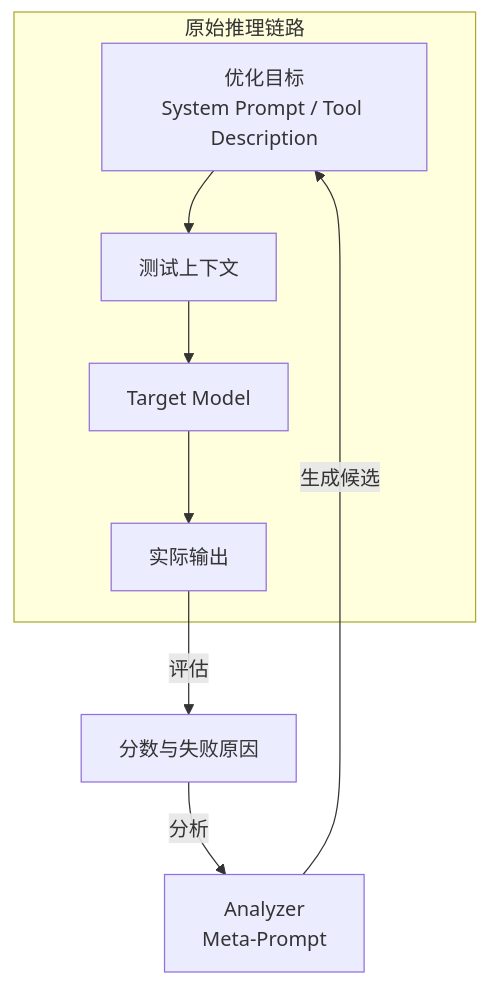
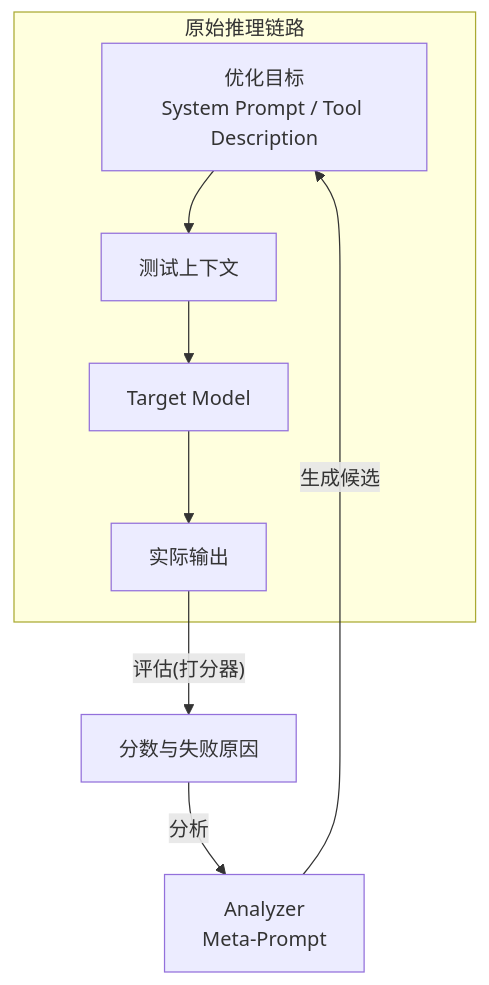
One commit to hotttao/backup changed the diagram in posts/aigc/evaluation/001_open_memory.md. Above: the diagram before and after it, drawn with Mermaid. The commit also changed 4 other files, not shown here.

````diff
--- a/posts/aigc/evaluation/001_open_memory.md
+++ b/posts/aigc/evaluation/001_open_memory.md
@@ -33,12 +33,12 @@
 ```mermaid
 flowchart TB
     subgraph 原始推理链路
         A[优化目标<br/>System Prompt / Tool Description] --> B[测试上下文]
         B --> C[Target Model]
         C --> D[实际输出]
     end
 
-    D -- 评估 --> E[分数与失败原因]
+    D -- 评估(打分器) --> E[分数与失败原因]
     E -- 分析 --> F[Analyzer<br/>Meta-Prompt]
     F -- 生成候选 --> A
 ```
````
